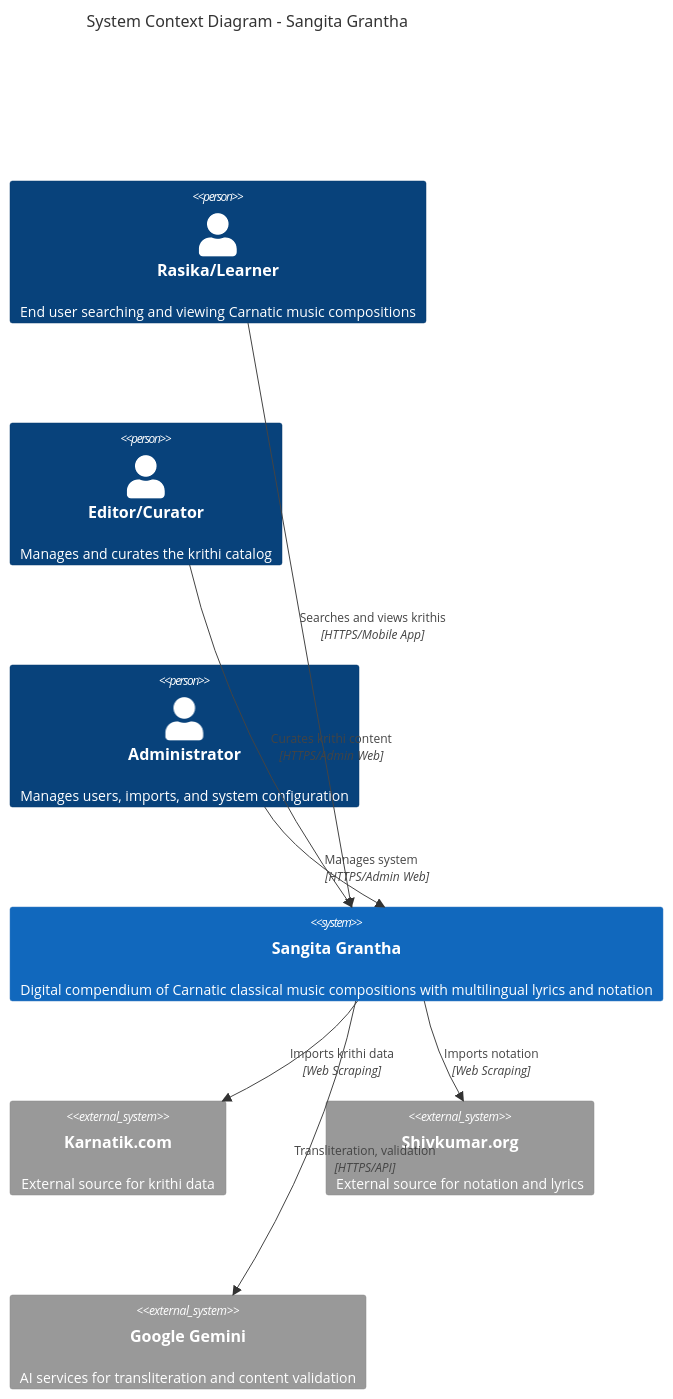
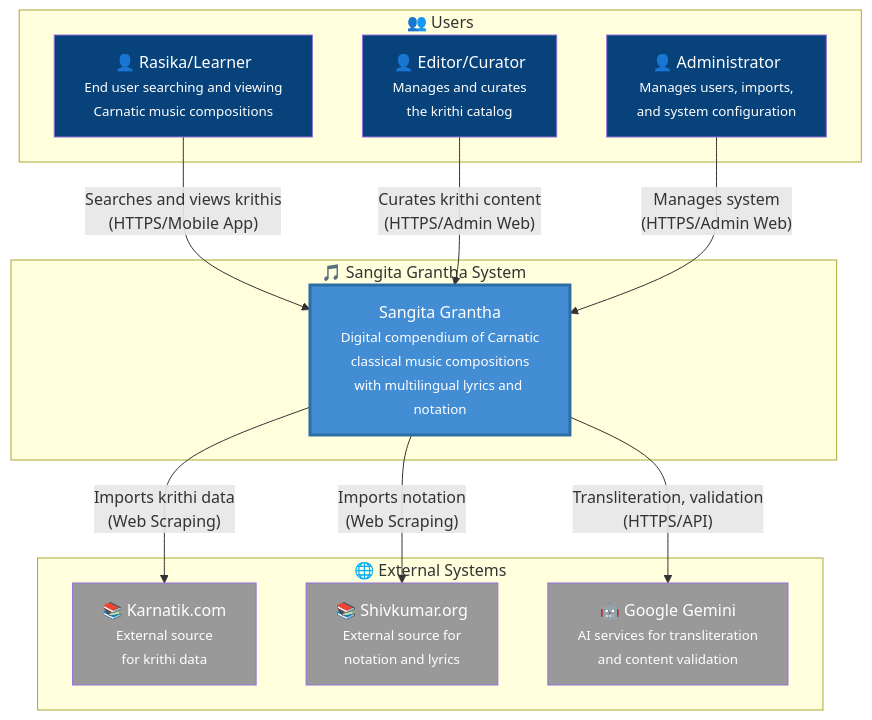
One commit to carnaticlabs/Sangeetha-Grantha changed the first of 8 diagrams in application_documentation/02-architecture/diagrams/c4-model.md. Above: the diagram before and after it, drawn with Mermaid. The commit also changed other lines of this file, not shown here.

Commit message:
Fix C4 diagram syntax - replace unsupported C4Context/C4Container with flowchart

````diff
--- a/application_documentation/02-architecture/diagrams/c4-model.md
+++ b/application_documentation/02-architecture/diagrams/c4-model.md
@@ -29,24 +29,34 @@
 ```mermaid
-C4Context
-    title System Context Diagram - Sangita Grantha
+flowchart TB
+    subgraph Users["👥 Users"]
+        rasika["👤 Rasika/Learner<br/><small>End user searching and viewing<br/>Carnatic music compositions</small>"]
+        editor["👤 Editor/Curator<br/><small>Manages and curates<br/>the krithi catalog</small>"]
+        admin["👤 Administrator<br/><small>Manages users, imports,<br/>and system configuration</small>"]
+    end
 
-    Person(rasika, "Rasika/Learner", "End user searching and viewing Carnatic music compositions")
-    Person(editor, "Editor/Curator", "Manages and curates the krithi catalog")
-    Person(admin, "Administrator", "Manages users, imports, and system configuration")
+    subgraph System["🎵 Sangita Grantha System"]
+        sangita["Sangita Grantha<br/><small>Digital compendium of Carnatic<br/>classical music compositions<br/>with multilingual lyrics and notation</small>"]
+    end
 
-    System(sangita, "Sangita Grantha", "Digital compendium of Carnatic classical music compositions with multilingual lyrics and notation")
+    subgraph External["🌐 External Systems"]
+        karnatik["📚 Karnatik.com<br/><small>External source<br/>for krithi data</small>"]
+        shivkumar["📚 Shivkumar.org<br/><small>External source for<br/>notation and lyrics</small>"]
+        gemini["🤖 Google Gemini<br/><small>AI services for transliteration<br/>and content validation</small>"]
+    end
 
-    System_Ext(karnatik, "Karnatik.com", "External source for krithi data")
-    System_Ext(shivkumar, "Shivkumar.org", "External source for notation and lyrics")
-    System_Ext(gemini, "Google Gemini", "AI services for transliteration and content validation")
+    rasika -->|"Searches and views krithis<br/>(HTTPS/Mobile App)"| sangita
+    editor -->|"Curates krithi content<br/>(HTTPS/Admin Web)"| sangita
+    admin -->|"Manages system<br/>(HTTPS/Admin Web)"| sangita
 
-    Rel(rasika, sangita, "Searches and views krithis", "HTTPS/Mobile App")
-    Rel(editor, sangita, "Curates krithi content", "HTTPS/Admin Web")
-    Rel(admin, sangita, "Manages system", "HTTPS/Admin Web")
+    sangita -->|"Imports krithi data<br/>(Web Scraping)"| karnatik
+    sangita -->|"Imports notation<br/>(Web Scraping)"| shivkumar
+    sangita -->|"Transliteration, validation<br/>(HTTPS/API)"| gemini
 
-    Rel(sangita, karnatik, "Imports krithi data", "Web Scraping")
-    Rel(sangita, shivkumar, "Imports notation", "Web Scraping")
-    Rel(sangita, gemini, "Transliteration, validation", "HTTPS/API")
-
-    UpdateLayoutConfig($c4ShapeInRow="3", $c4BoundaryInRow="1")
+    style sangita fill:#438DD5,color:#fff,stroke:#2E6DA4,stroke-width:3px
+    style rasika fill:#08427B,color:#fff
+    style editor fill:#08427B,color:#fff
+    style admin fill:#08427B,color:#fff
+    style karnatik fill:#999,color:#fff
+    style shivkumar fill:#999,color:#fff
+    style gemini fill:#999,color:#fff
 ```
````
